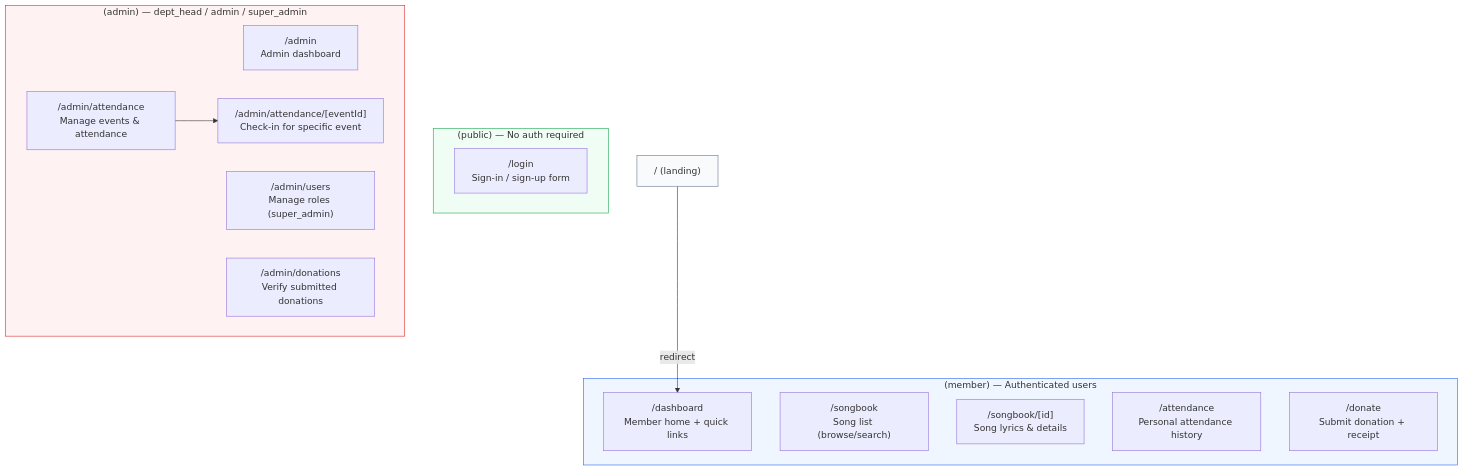
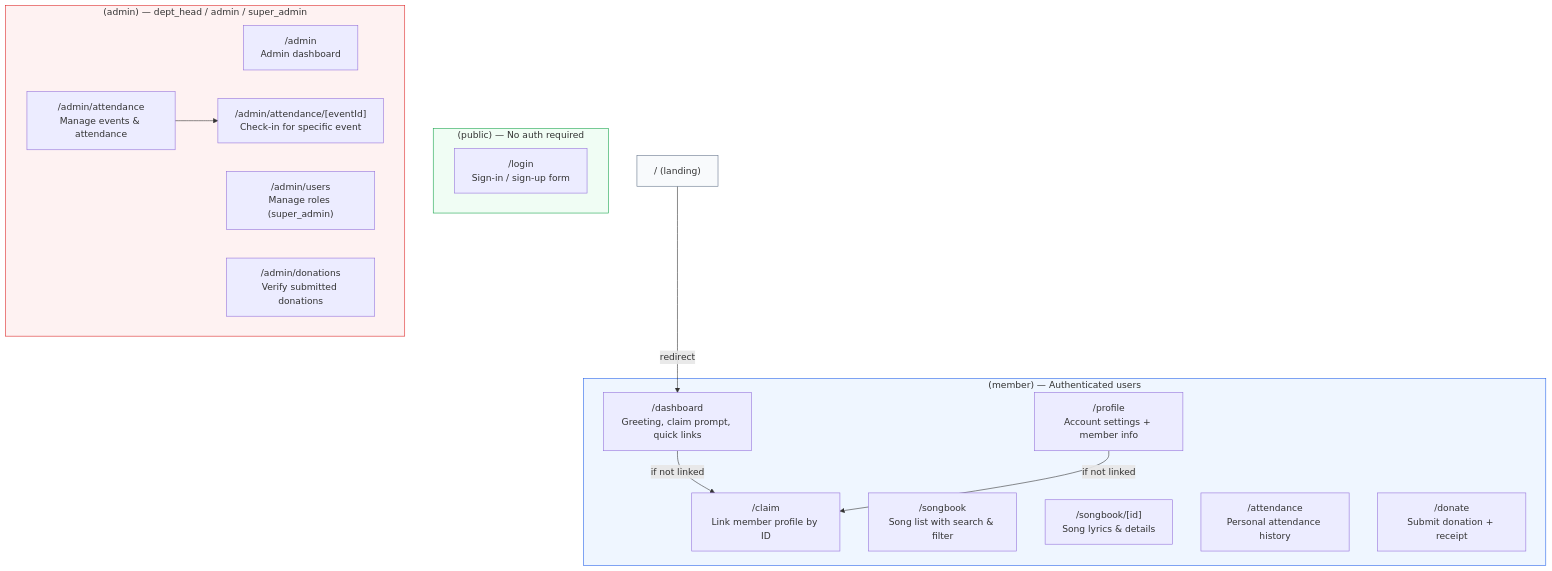
The first of 4 diagrams in docs/routes.md (Felege-Yordanos-Tech-Team/felege-yordanos-app), drawn with Mermaid before and after one commit. The commit also changed other lines of this file and 3 other files, not shown here.

First line of the commit message:
docs: 📝 update all architecture docs for latest features

````diff
--- a/docs/routes.md
+++ b/docs/routes.md
@@ -5,31 +5,35 @@
 ```mermaid
 graph TD
     subgraph PUBLIC["(public) — No auth required"]
         LOGIN["/login<br/>Sign-in / sign-up form"]
     end
 
     subgraph MEMBER["(member) — Authenticated users"]
-        DASHBOARD["/dashboard<br/>Member home + quick links"]
-        SONGBOOK["/songbook<br/>Song list (browse/search)"]
+        DASHBOARD["/dashboard<br/>Greeting, claim prompt, quick links"]
+        CLAIM["/claim<br/>Link member profile by ID"]
+        PROFILE["/profile<br/>Account settings + member info"]
+        SONGBOOK["/songbook<br/>Song list with search & filter"]
         SONG_DETAIL["/songbook/[id]<br/>Song lyrics & details"]
         ATTENDANCE["/attendance<br/>Personal attendance history"]
         DONATE["/donate<br/>Submit donation + receipt"]
     end
 
     subgraph ADMIN["(admin) — dept_head / admin / super_admin"]
         ADMIN_HOME["/admin<br/>Admin dashboard"]
         ADMIN_USERS["/admin/users<br/>Manage roles (super_admin)"]
         ADMIN_ATTENDANCE["/admin/attendance<br/>Manage events & attendance"]
         ADMIN_CHECKIN["/admin/attendance/[eventId]<br/>Check-in for specific event"]
         ADMIN_DONATIONS["/admin/donations<br/>Verify submitted donations"]
     end
 
     ROOT["/ (landing)"] -->|redirect| DASHBOARD
+    DASHBOARD -->|if not linked| CLAIM
+    PROFILE -->|if not linked| CLAIM
 
     ADMIN_ATTENDANCE --> ADMIN_CHECKIN
 
     style PUBLIC fill:#f0fdf4,stroke:#16a34a
     style MEMBER fill:#eff6ff,stroke:#2563eb
     style ADMIN fill:#fef2f2,stroke:#dc2626
     style ROOT fill:#f8fafc,stroke:#64748b
 ```
````
